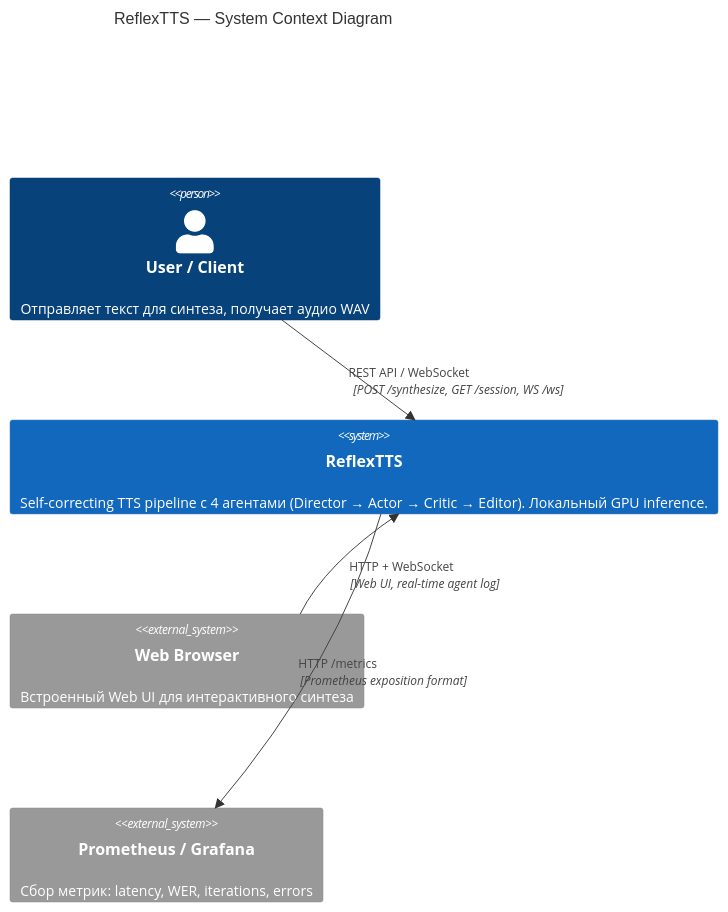
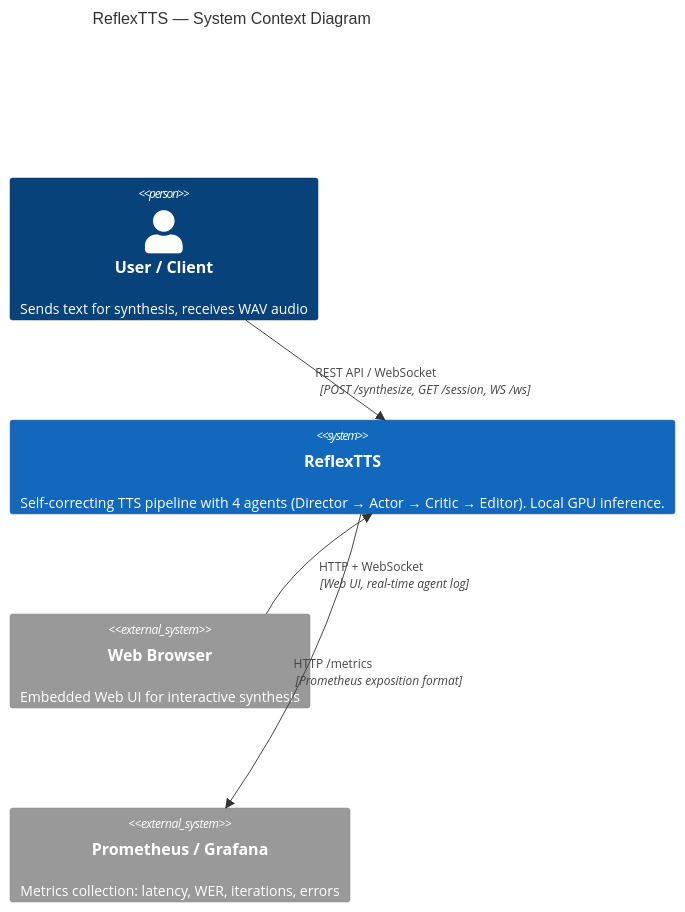
One commit to 2Bye/ReflexTTS changed the diagram in docs/diagrams/c4-context.md. Above: the diagram before and after it, drawn with Mermaid. The commit also changed other lines of this file and 14 other files, not shown here.

````diff
--- a/docs/diagrams/c4-context.md
+++ b/docs/diagrams/c4-context.md
@@ -5,16 +5,16 @@
 ```mermaid
 C4Context
     title ReflexTTS — System Context Diagram
 
-    Person(user, "User / Client", "Отправляет текст для синтеза, получает аудио WAV")
+    Person(user, "User / Client", "Sends text for synthesis, receives WAV audio")
 
-    System(reflexTTS, "ReflexTTS", "Self-correcting TTS pipeline с 4 агентами (Director → Actor → Critic → Editor). Локальный GPU inference.")
+    System(reflexTTS, "ReflexTTS", "Self-correcting TTS pipeline with 4 agents (Director → Actor → Critic → Editor). Local GPU inference.")
 
-    System_Ext(browser, "Web Browser", "Встроенный Web UI для интерактивного синтеза")
+    System_Ext(browser, "Web Browser", "Embedded Web UI for interactive synthesis")
 
-    System_Ext(monitoring, "Prometheus / Grafana", "Сбор метрик: latency, WER, iterations, errors")
+    System_Ext(monitoring, "Prometheus / Grafana", "Metrics collection: latency, WER, iterations, errors")
 
     Rel(user, reflexTTS, "REST API / WebSocket", "POST /synthesize, GET /session, WS /ws")
     Rel(browser, reflexTTS, "HTTP + WebSocket", "Web UI, real-time agent log")
     Rel(reflexTTS, monitoring, "HTTP /metrics", "Prometheus exposition format")
 ```
````
